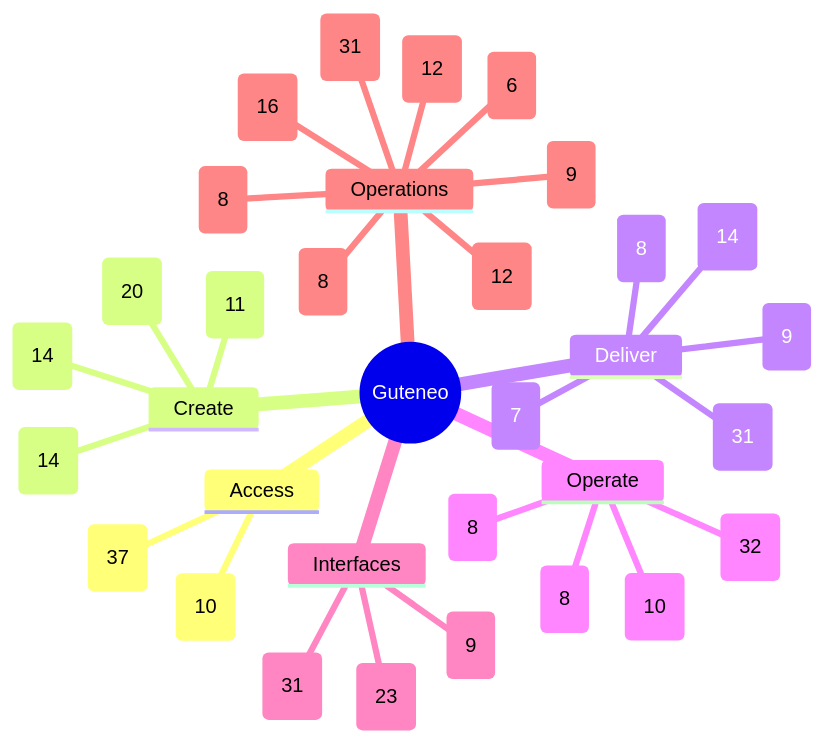
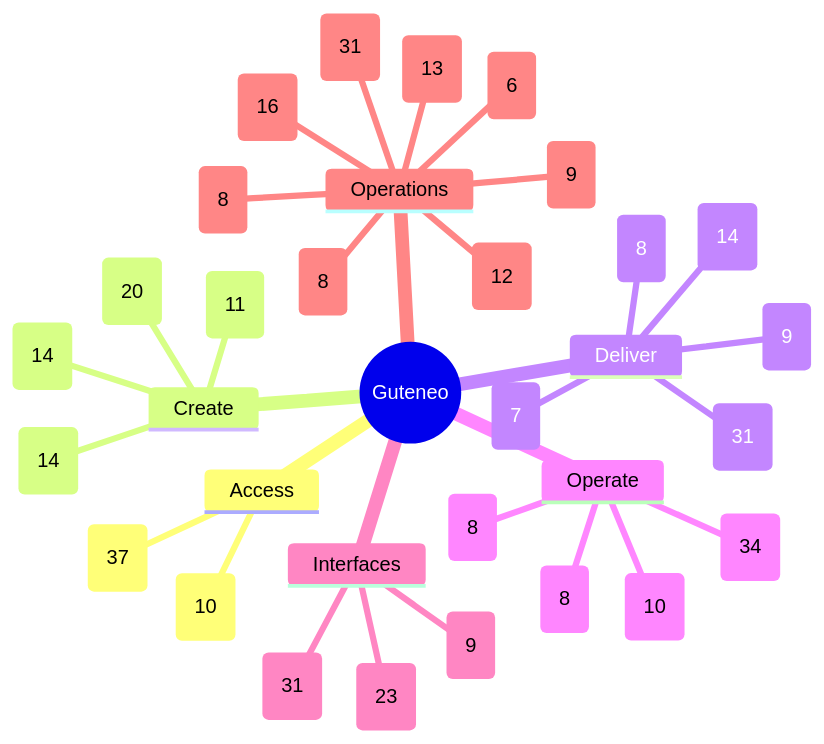
One commit to nclsppr/guteneo changed the diagram in docs/FEATURE_MAP.md. Above: the diagram before and after it, drawn with Mermaid. The commit also changed other lines of this file and 40 other files, not shown here.

````diff
--- a/docs/FEATURE_MAP.md
+++ b/docs/FEATURE_MAP.md
@@ -13,36 +13,36 @@
 ```mermaid
 mindmap
   root((Guteneo))
     Access
       Access and identity (37)
       Team and responsibilities (10)
     Create
       Documents and protection (20)
       Template studio (14)
       Data and mappings (11)
       PDF generation and distribution (14)
     Deliver
       Fax (9)
       Postal mail (8)
       Email and protected links (14)
       Sensitive distribution and personal documents (31)
       Dispatch dry run (7)
     Operate
       Campaigns and tracking (8)
       Credits and billing (8)
-      Workspace layout and browser appearance (32)
+      Workspace layout and browser appearance (34)
       PDF verification (10)
     Interfaces
       Assistants and API (31)
       iPhone and iPad (9)
       Public pages, languages and appearance (23)
     Operations
       Reviewer OAuth qualification (9)
       Operations and reliability (31)
-      Belvédère platform oversight (12)
+      Belvédère platform oversight (13)
       Public service status (16)
       Engineering documentation (12)
       Codex Cloud development (8)
       Continuous reviewer preparation (6)
       Automatic fax tariff maintenance (8)
 ```
````
